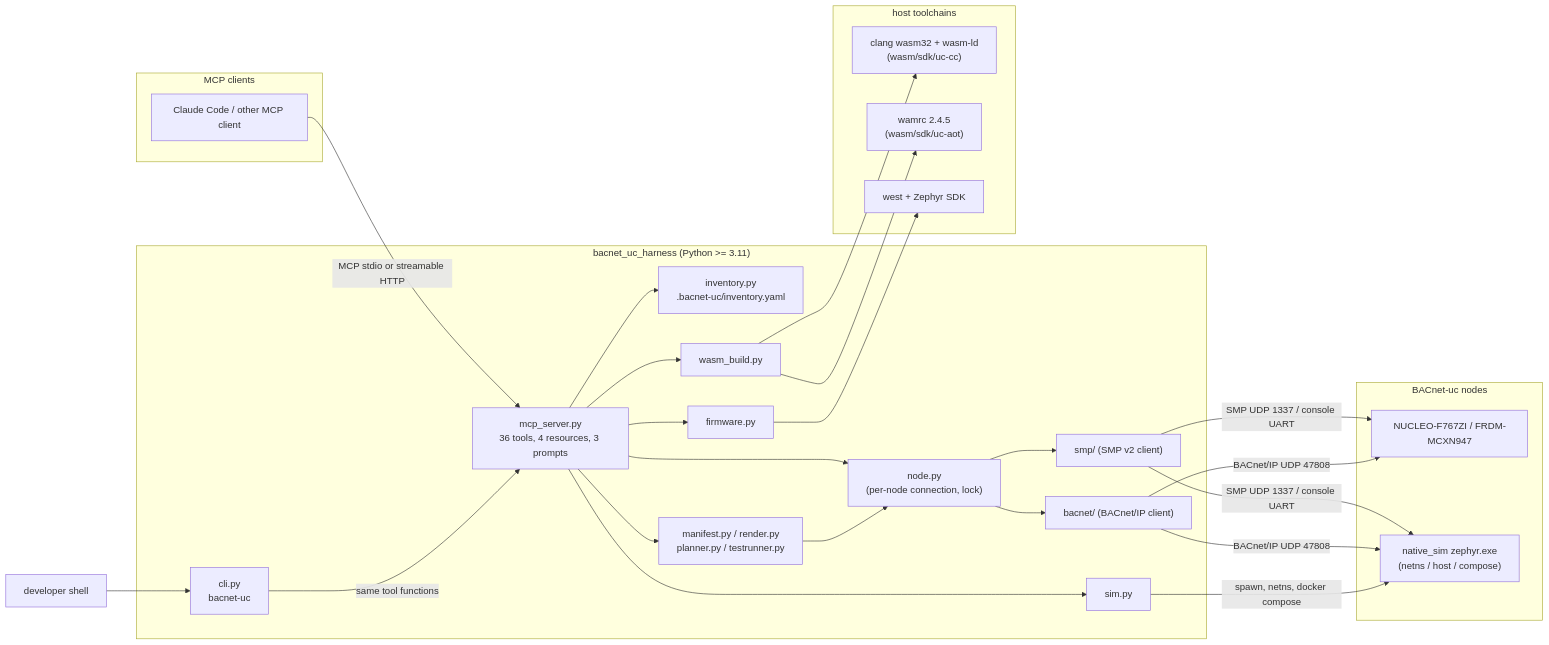
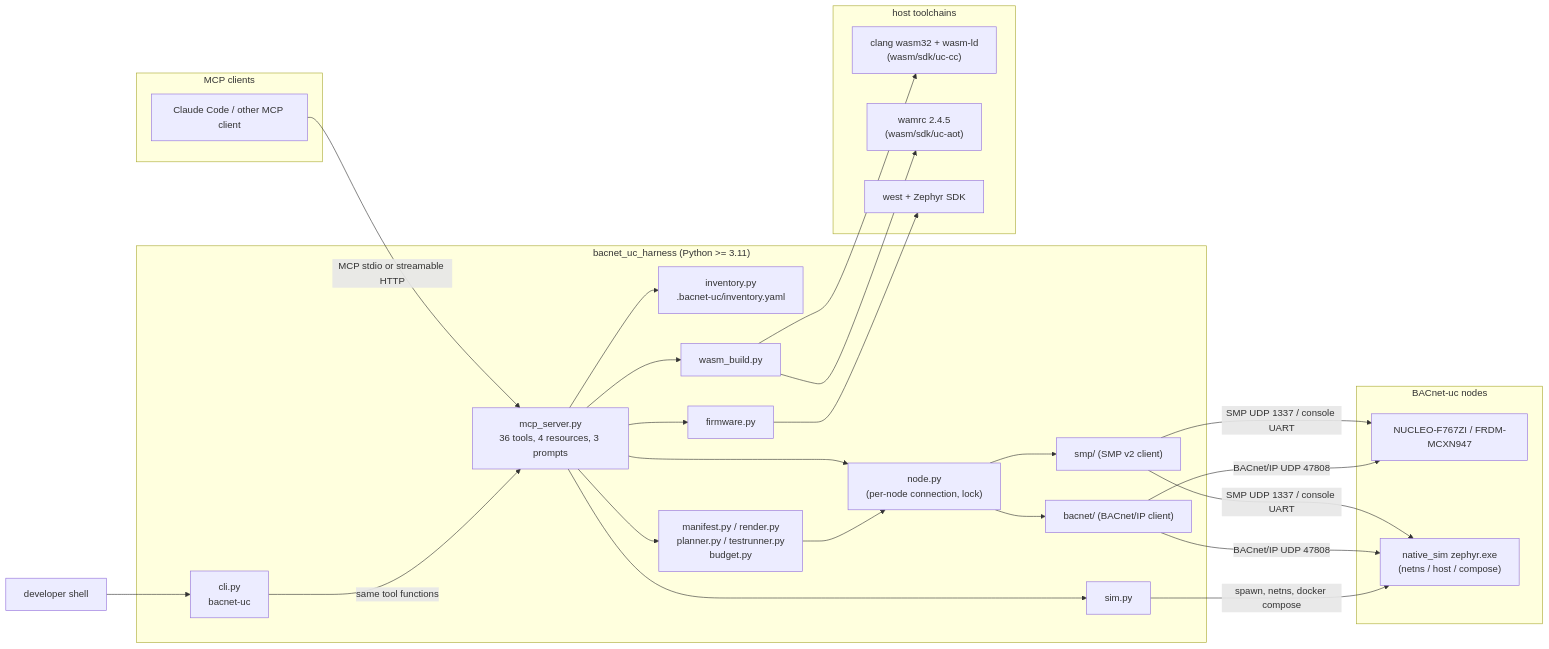
The first of 8 diagrams in docs/harness-mcp.md (IlijaVorontsov/BACNet-uc), drawn with Mermaid before and after one commit. The commit also changed other lines of this file and 120 other files, not shown here.

````diff
--- a/docs/harness-mcp.md
+++ b/docs/harness-mcp.md
@@ -42,43 +42,43 @@
 ```mermaid
 flowchart LR
     subgraph clients["MCP clients"]
         cc["Claude Code / other MCP client"]
     end
     dev["developer shell"]
 
     subgraph harness["bacnet_uc_harness (Python >= 3.11)"]
         mcp["mcp_server.py<br/>36 tools, 4 resources, 3 prompts"]
         cli["cli.py<br/>bacnet-uc"]
         inv["inventory.py<br/>.bacnet-uc/inventory.yaml"]
-        man["manifest.py / render.py<br/>planner.py / testrunner.py"]
+        man["manifest.py / render.py<br/>planner.py / testrunner.py<br/>budget.py"]
         node["node.py<br/>(per-node connection, lock)"]
         wb["wasm_build.py"]
         fw["firmware.py"]
         sim["sim.py"]
         smp["smp/ (SMP v2 client)"]
         bn["bacnet/ (BACnet/IP client)"]
     end
 
     subgraph tools["host toolchains"]
         clang["clang wasm32 + wasm-ld<br/>(wasm/sdk/uc-cc)"]
         wamrc["wamrc 2.4.5<br/>(wasm/sdk/uc-aot)"]
         west["west + Zephyr SDK"]
     end
 
     subgraph nodes["BACnet-uc nodes"]
         hw["NUCLEO-F767ZI / FRDM-MCXN947"]
         ns["native_sim zephyr.exe<br/>(netns / host / compose)"]
     end
 
     cc -- "MCP stdio or streamable HTTP" --> mcp
     dev --> cli
     cli -- "same tool functions" --> mcp
     mcp --> inv & man & node & wb & fw & sim
     man --> node
     node --> smp & bn
     smp -- "SMP UDP 1337 / console UART" --> hw & ns
     bn -- "BACnet/IP UDP 47808" --> hw & ns
     wb --> clang & wamrc
     fw --> west
     sim -- "spawn, netns, docker compose" --> ns
 ```
````
